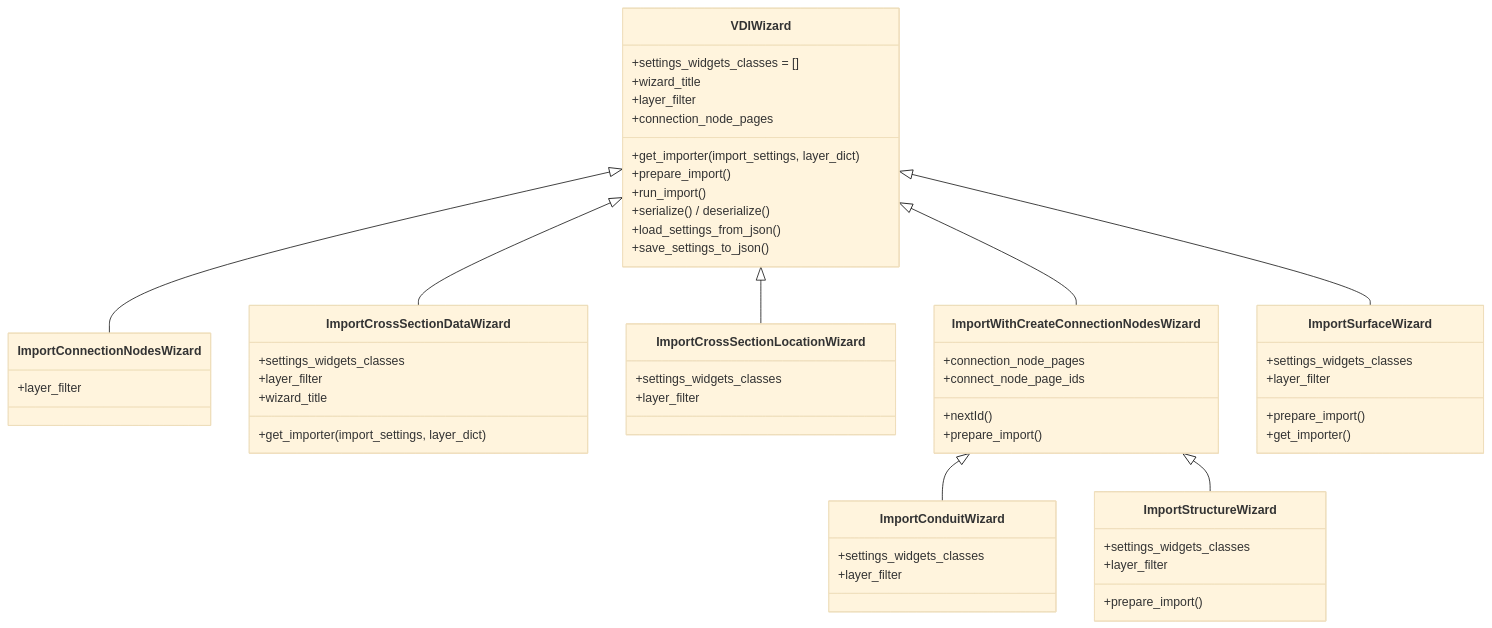
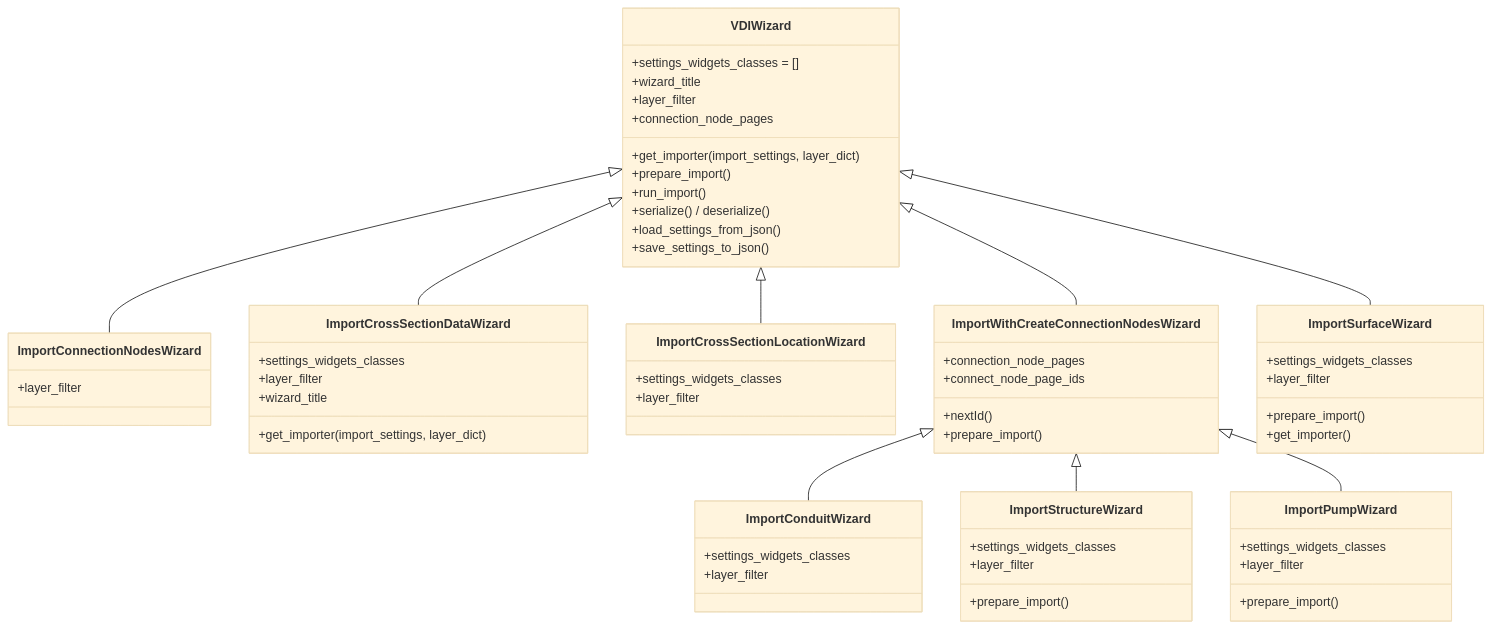
The first of 2 diagrams in threedi_schematisation_editor/vector_data_importer/wizard/DESIGN.md (nens/threedi-schematisation-editor), drawn with Mermaid (base theme) before and after one commit. The commit also changed other lines of this file and 8 other files, not shown here.

Commit message:
Add UI for pump import

````diff
--- a/threedi_schematisation_editor/vector_data_importer/wizard/DESIGN.md
+++ b/threedi_schematisation_editor/vector_data_importer/wizard/DESIGN.md
@@ -25,65 +26,72 @@
 ```mermaid
 classDiagram
     VDIWizard <|-- ImportConnectionNodesWizard
     VDIWizard <|-- ImportCrossSectionDataWizard
     VDIWizard <|-- ImportCrossSectionLocationWizard
     VDIWizard <|-- ImportWithCreateConnectionNodesWizard
     ImportWithCreateConnectionNodesWizard <|-- ImportConduitWizard
     ImportWithCreateConnectionNodesWizard <|-- ImportStructureWizard
+    ImportWithCreateConnectionNodesWizard <|-- ImportPumpWizard
     VDIWizard <|-- ImportSurfaceWizard
     
     class VDIWizard {
         +settings_widgets_classes = []
         +wizard_title
         +layer_filter
         +connection_node_pages
         +get_importer(import_settings, layer_dict)
         +prepare_import()
         +run_import()
         +serialize() / deserialize()
         +load_settings_from_json()
         +save_settings_to_json()
     }
     
     class ImportConnectionNodesWizard {
         +layer_filter
     }    
 
     class ImportCrossSectionDataWizard {
         +settings_widgets_classes
         +layer_filter
         +get_importer(import_settings, layer_dict)
         +wizard_title
     }
 
     class ImportCrossSectionLocationWizard {
         +settings_widgets_classes
         +layer_filter
     }
     
     class ImportWithCreateConnectionNodesWizard {
         +connection_node_pages
         +connect_node_page_ids
         +nextId()
         +prepare_import()
         }
 
     class ImportConduitWizard { 
         +settings_widgets_classes
         +layer_filter
     }
 
     class ImportStructureWizard { 
         +settings_widgets_classes
         +layer_filter
         +prepare_import()
     }
 
+    class ImportPumpWizard {
+        +settings_widgets_classes
+        +layer_filter
+        +prepare_import()
+    }
+
     class ImportSurfaceWizard {
         +settings_widgets_classes
         +layer_filter
         +prepare_import()
         +get_importer()
     }
 
 ```
````
